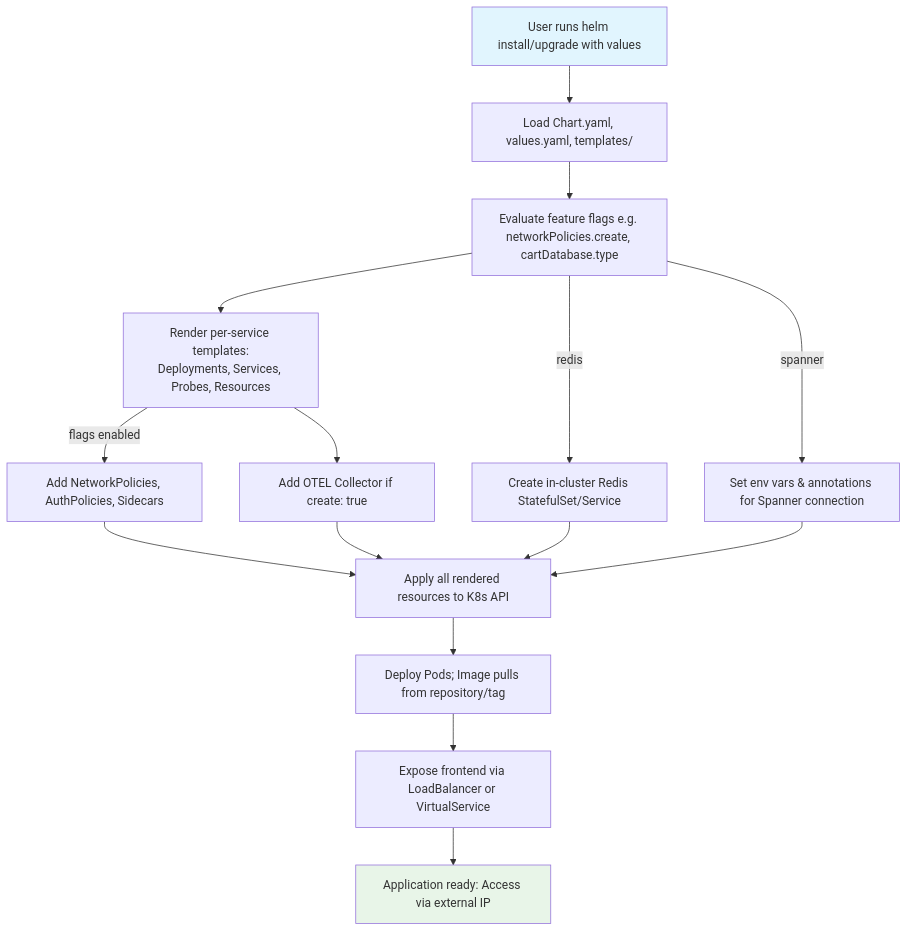
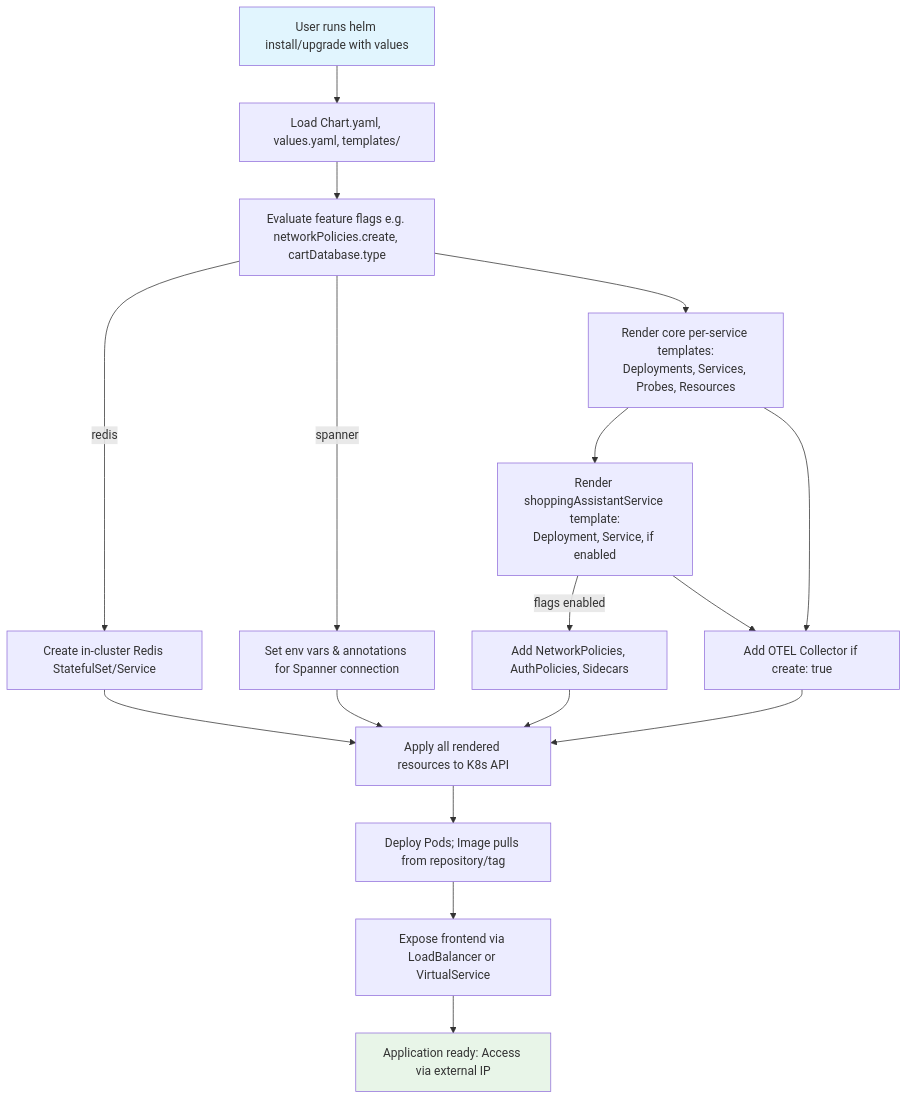
The second of 2 diagrams in .exp/design-workflow-3-helm-chart-deployment.md (gauravagerwala/microservices-demo), drawn with Mermaid before and after one commit. The commit also changed other lines of this file and 2 other files, not shown here.

````diff
--- a/.exp/design-workflow-3-helm-chart-deployment.md
+++ b/.exp/design-workflow-3-helm-chart-deployment.md
@@ -71,19 +72,21 @@
 ```mermaid
 flowchart TD
     Start[User runs helm install/upgrade with values] --> Load[Load Chart.yaml, values.yaml, templates/]
     Load --> CheckFlags[Evaluate feature flags e.g. networkPolicies.create, cartDatabase.type]
     CheckFlags -->|redis| CreateRedis[Create in-cluster Redis StatefulSet/Service]
     CheckFlags -->|spanner| ConfigSpanner[Set env vars & annotations for Spanner connection]
-    CheckFlags --> RenderServices[Render per-service templates:<br/>Deployments, Services, Probes, Resources]
-    RenderServices -->|flags enabled| AddPolicies[Add NetworkPolicies, AuthPolicies, Sidecars]
+    CheckFlags --> RenderServices[Render core per-service templates:<br/>Deployments, Services, Probes, Resources]
+    RenderServices --> RenderSAS[Render shoppingAssistantService template:<br/>Deployment, Service, if enabled]
+    RenderSAS -->|flags enabled| AddPolicies[Add NetworkPolicies, AuthPolicies, Sidecars]
     RenderServices --> AddOTEL[Add OTEL Collector if create: true]
+    RenderSAS --> AddOTEL
     AddPolicies --> Apply[Apply all rendered resources to K8s API]
     AddOTEL --> Apply
     CreateRedis --> Apply
     ConfigSpanner --> Apply
     Apply --> Deploy[Deploy Pods; Image pulls from repository/tag]
     Deploy --> Expose[Expose frontend via LoadBalancer or VirtualService]
     Expose --> Ready[Application ready: Access via external IP]
     style Start fill:#e1f5fe
     style Ready fill:#e8f5e8
 ```
````
